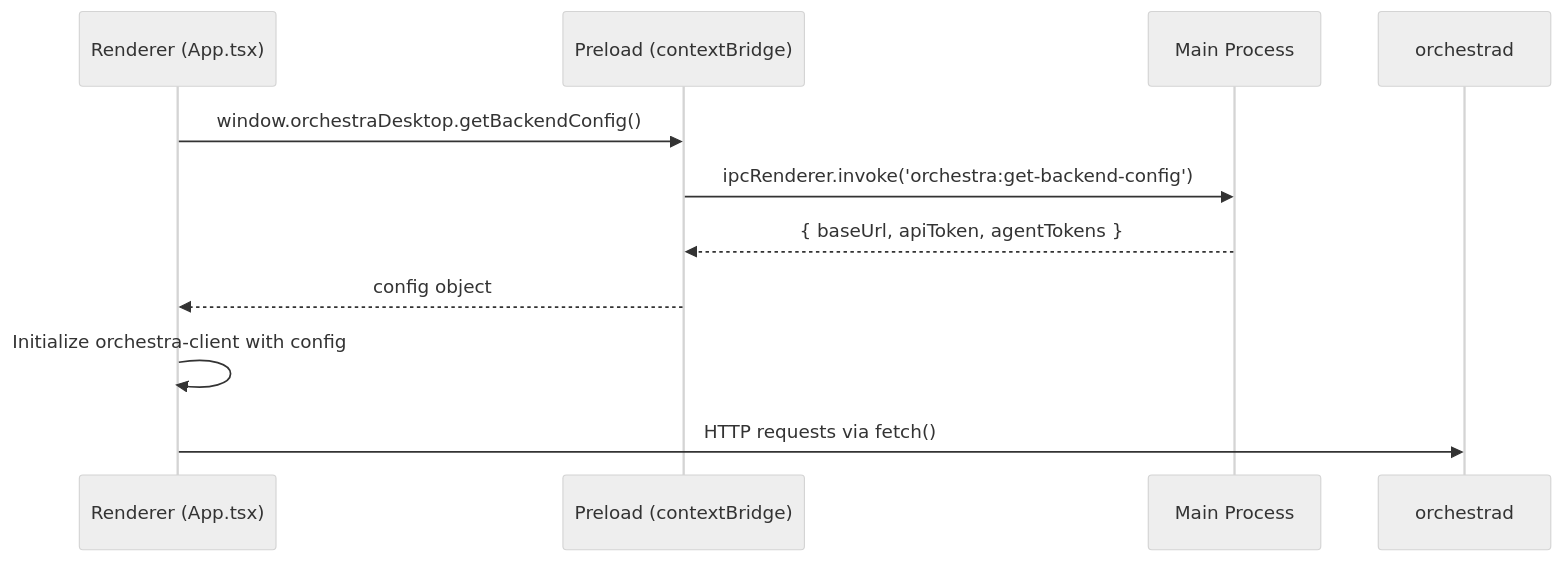
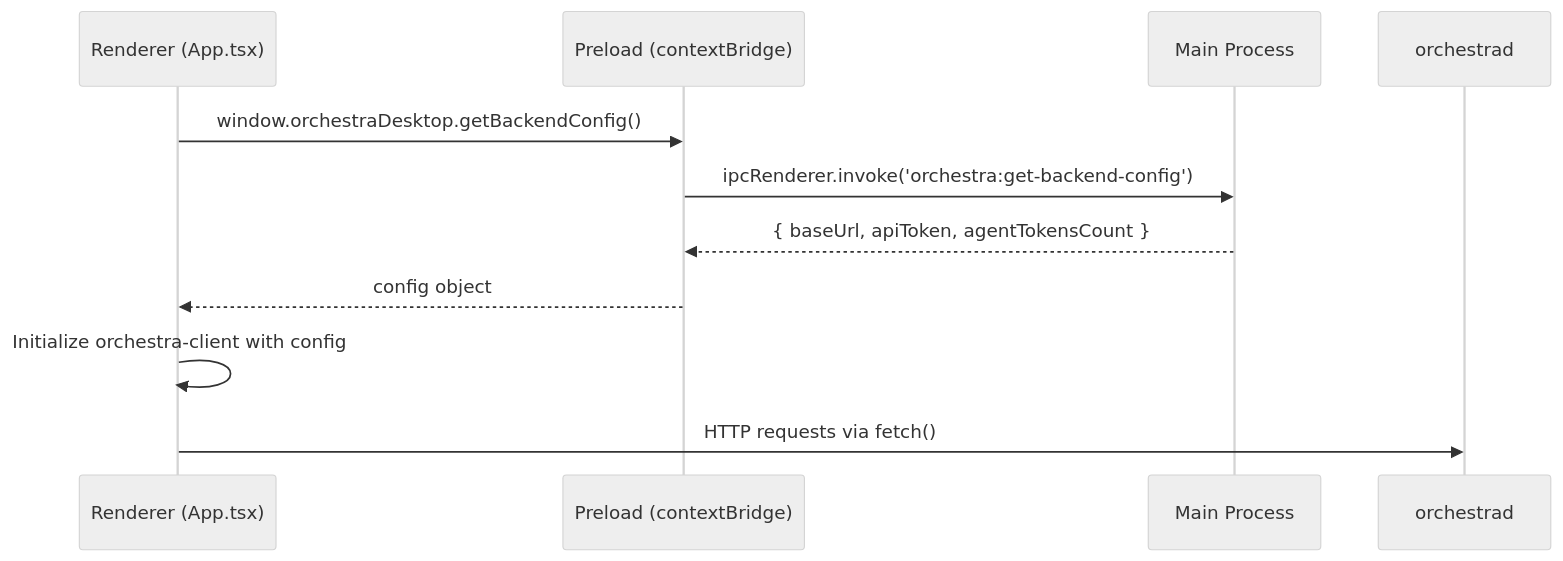
The second of 3 diagrams in docs/frontend/electron.md (bradAGI/Orchestra), drawn with Mermaid (neutral theme) before and after one commit. The commit also changed other lines of this file and 3 other files, not shown here.

First line of the commit message:
docs(audit): fix schema and electron reference drift

````diff
--- a/docs/frontend/electron.md
+++ b/docs/frontend/electron.md
@@ -142,15 +142,15 @@
 ```mermaid
 sequenceDiagram
     participant R as Renderer (App.tsx)
     participant P as Preload (contextBridge)
     participant M as Main Process
     participant B as orchestrad
 
     R->>P: window.orchestraDesktop.getBackendConfig()
     P->>M: ipcRenderer.invoke('orchestra:get-backend-config')
-    M-->>P: { baseUrl, apiToken, agentTokens }
+    M-->>P: { baseUrl, apiToken, agentTokensCount }
     P-->>R: config object
 
     R->>R: Initialize orchestra-client with config
     R->>B: HTTP requests via fetch()
 ```
````
